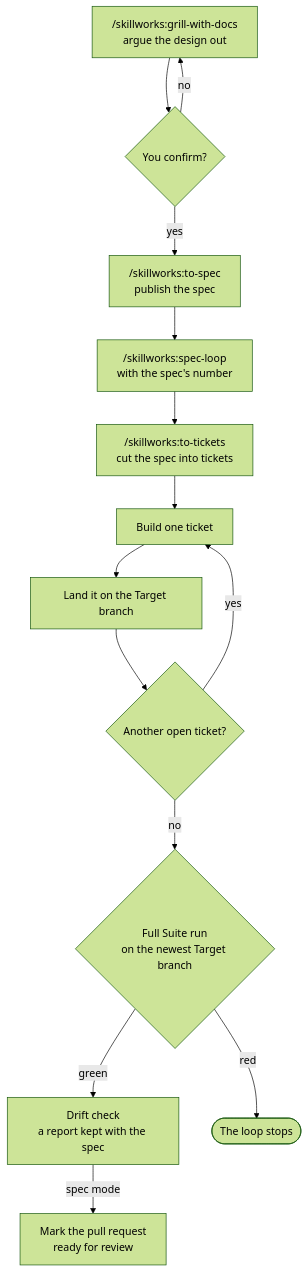
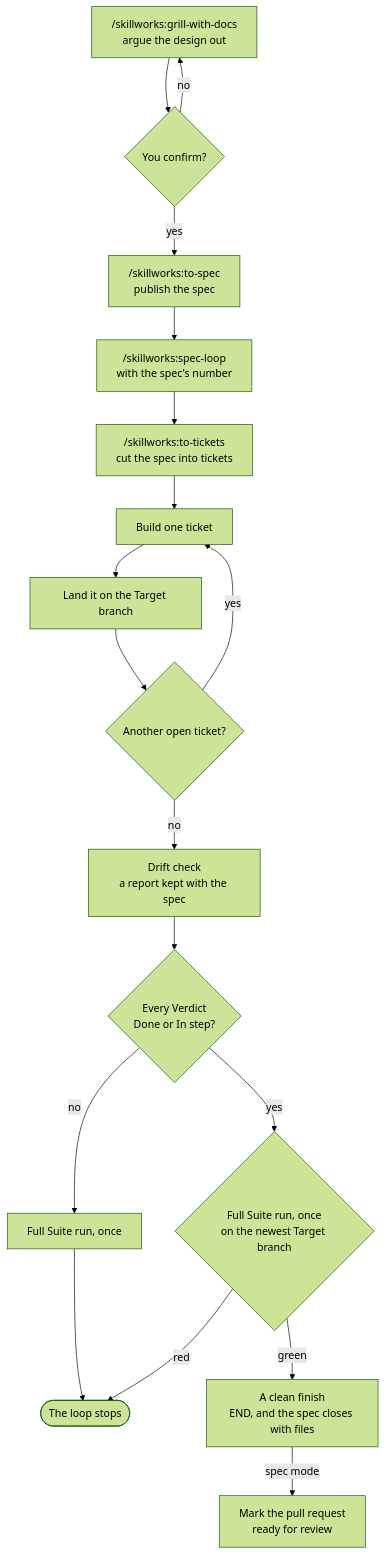
One commit to MalcolmMcNeely/skillworks changed the first of 4 diagrams in docs/usage/the-loop.md. Above: the diagram before and after it, drawn with Mermaid (forest theme). The commit also changed other lines of this file and 6 other files, not shown here.

First line of the commit message:
The driver decides a clean finish, and the full run goes last

````diff
--- a/docs/usage/the-loop.md
+++ b/docs/usage/the-loop.md
@@ -11,16 +11,19 @@
 ```mermaid
 flowchart TD
     grill["/skillworks:grill-with-docs<br/>argue the design out"] --> gate{"You confirm?"}
     gate -- no --> grill
     gate -- yes --> spec["/skillworks:to-spec<br/>publish the spec"]
     spec --> loop["/skillworks:spec-loop<br/>with the spec's number"]
     loop --> tickets["/skillworks:to-tickets<br/>cut the spec into tickets"]
     tickets --> ticket["Build one ticket"]
     ticket --> land["Land it on the Target branch"]
     land --> more{"Another open ticket?"}
     more -- yes --> ticket
-    more -- no --> full{"Full Suite run<br/>on the newest Target branch"}
-    full -- green --> drift["Drift check<br/>a report kept with the spec"]
-    full -- red --> stop(["The loop stops"])
-    drift -- "spec mode" --> ready["Mark the pull request<br/>ready for review"]
+    more -- no --> drift["Drift check<br/>a report kept with the spec"]
+    drift --> count{"Every Verdict<br/>Done or In step?"}
+    count -- yes --> full{"Full Suite run, once<br/>on the newest Target branch"}
+    count -- no --> last["Full Suite run, once"] --> stop(["The loop stops"])
+    full -- red --> stop
+    full -- green --> clean["A clean finish<br/>END, and the spec closes with files"]
+    clean -- "spec mode" --> ready["Mark the pull request<br/>ready for review"]
 ```
````
